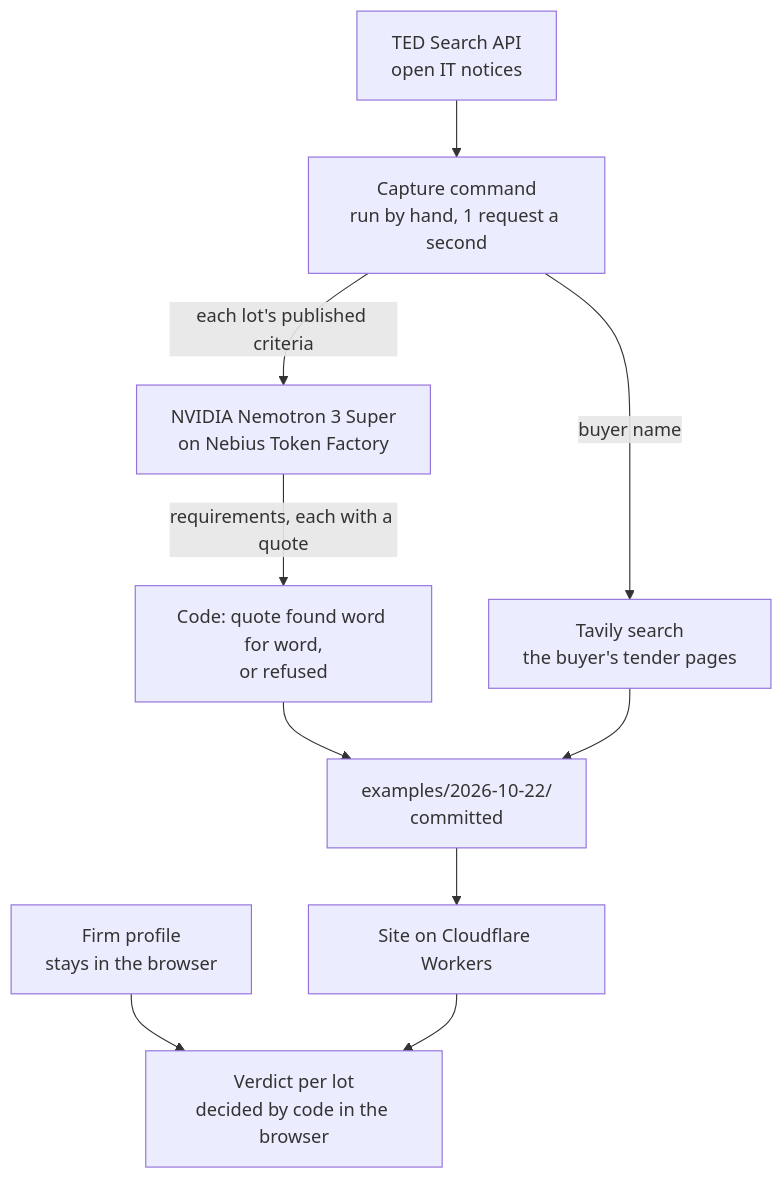
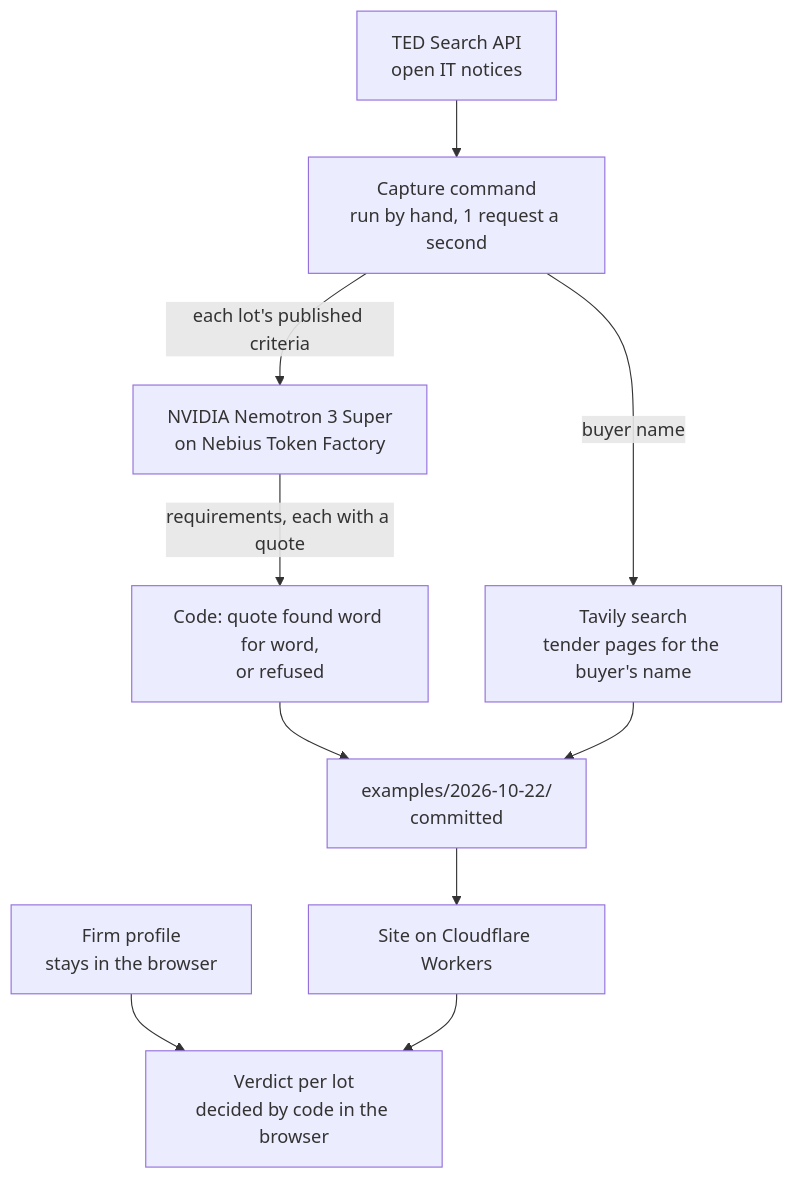
The diagram in README.md (voyagi/pagefifty), drawn with Mermaid before and after one commit. The commit also changed other lines of this file and 4 other files, not shown here.

First line of the commit message:
fix(tenders): stop calling web search pages the buyer's own

````diff
--- a/README.md
+++ b/README.md
@@ -54,12 +54,12 @@
 ```mermaid
 flowchart TD
   ted["TED Search API<br/>open IT notices"] --> capture["Capture command<br/>run by hand, 1 request a second"]
   capture -- "each lot's published criteria" --> model["NVIDIA Nemotron 3 Super<br/>on Nebius Token Factory"]
   model -- "requirements, each with a quote" --> check["Code: quote found word for word,<br/>or refused"]
-  capture -- "buyer name" --> tavily["Tavily search<br/>the buyer's tender pages"]
+  capture -- "buyer name" --> tavily["Tavily search<br/>tender pages for the buyer's name"]
   check --> folder["examples/2026-10-22/<br/>committed"]
   tavily --> folder
   folder --> site["Site on Cloudflare Workers"]
   profile["Firm profile<br/>stays in the browser"] --> verdict["Verdict per lot<br/>decided by code in the browser"]
   site --> verdict
 ```
````
